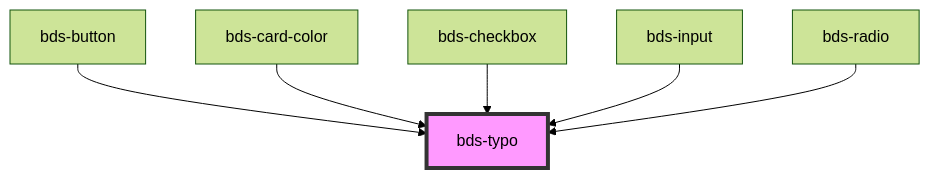
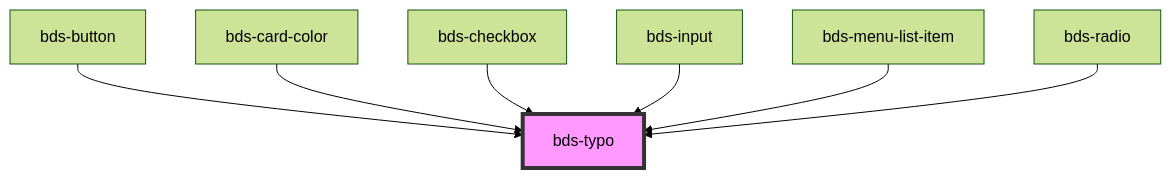
The diagram in src/components/typo/readme.md (takenet/blip-ds), drawn with Mermaid (forest theme) before and after one commit. The commit also changed other lines of this file and 13 other files, not shown here.

First line of the commit message:
feat(component): created menu list

````diff
--- a/src/components/typo/readme.md
+++ b/src/components/typo/readme.md
@@ -32,9 +33,10 @@
 ```mermaid
 graph TD;
   bds-button --> bds-typo
   bds-card-color --> bds-typo
   bds-checkbox --> bds-typo
   bds-input --> bds-typo
+  bds-menu-list-item --> bds-typo
   bds-radio --> bds-typo
   style bds-typo fill:#f9f,stroke:#333,stroke-width:4px
 ```
````
